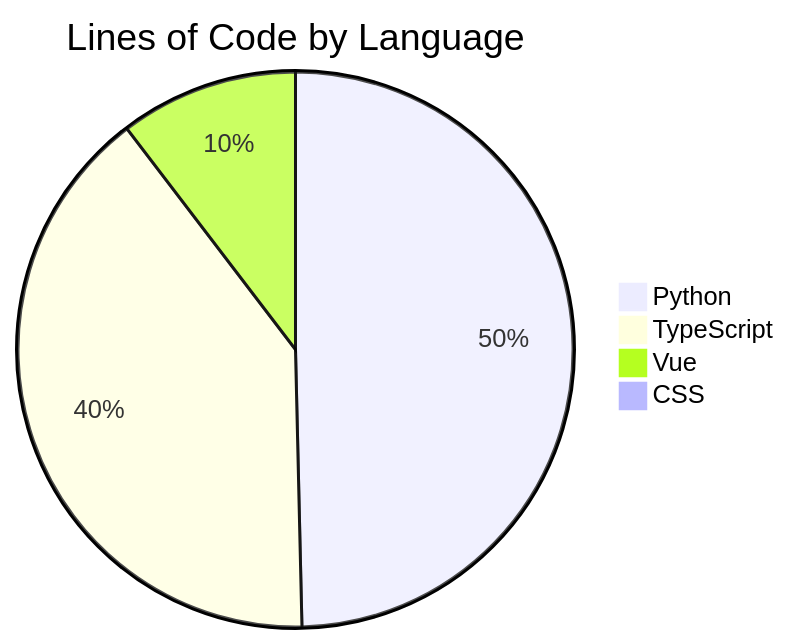
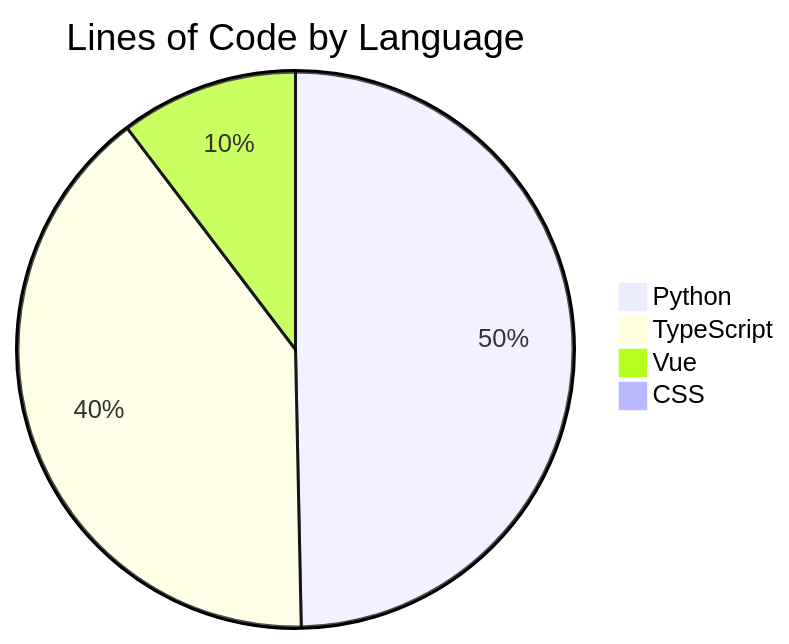
One commit to ISW-stack/AI3L-Community changed the diagram in README.md. Above: the diagram before and after it, drawn with Mermaid. The commit also changed other lines of this file and 1 other file, not shown here.

````diff
--- a/README.md
+++ b/README.md
@@ -368,7 +368,7 @@
 ```mermaid
 pie title Lines of Code by Language
-    "Python" : 115091
-    "TypeScript" : 92752
-    "Vue" : 24063
-    "CSS" : 127
+    "Python" : 115286
+    "TypeScript" : 92812
+    "Vue" : 24011
+    "CSS" : 134
 ```
````
